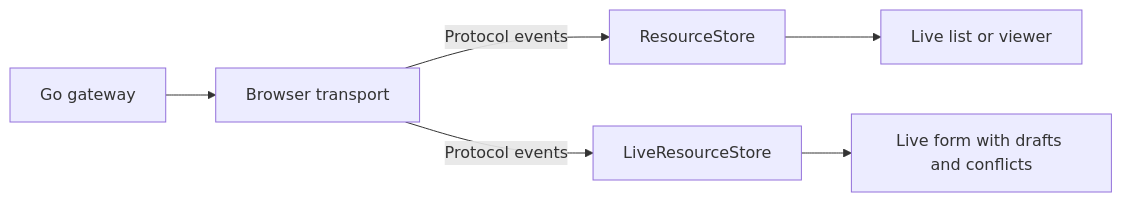
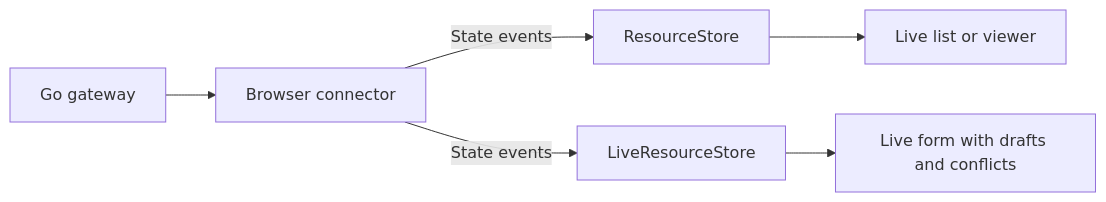
One commit to ConfigButler/krm-stream changed the second of 2 diagrams in docs/proposals/0009-stream-and-editor-separation.md. Above: the diagram before and after it, drawn with Mermaid. The commit also changed other lines of this file and 2 other files, not shown here.

First line of the commit message:
docs: revise proposal 0009 and add gateway cleanup proposal 0010

````diff
--- a/docs/proposals/0009-stream-and-editor-separation.md
+++ b/docs/proposals/0009-stream-and-editor-separation.md
@@ -135,8 +121,8 @@
 ```mermaid
 flowchart LR
-  gateway["Go gateway"] --> transport["Browser transport"]
-  transport -->|"Protocol events"| resources["ResourceStore"]
-  transport -->|"Protocol events"| editor["LiveResourceStore"]
+  gateway["Go gateway"] --> transport["Browser connector"]
+  transport -->|"State events"| resources["ResourceStore"]
+  transport -->|"State events"| editor["LiveResourceStore"]
   resources --> viewer["Live list or viewer"]
   editor --> form["Live form with drafts and conflicts"]
 ```
````
